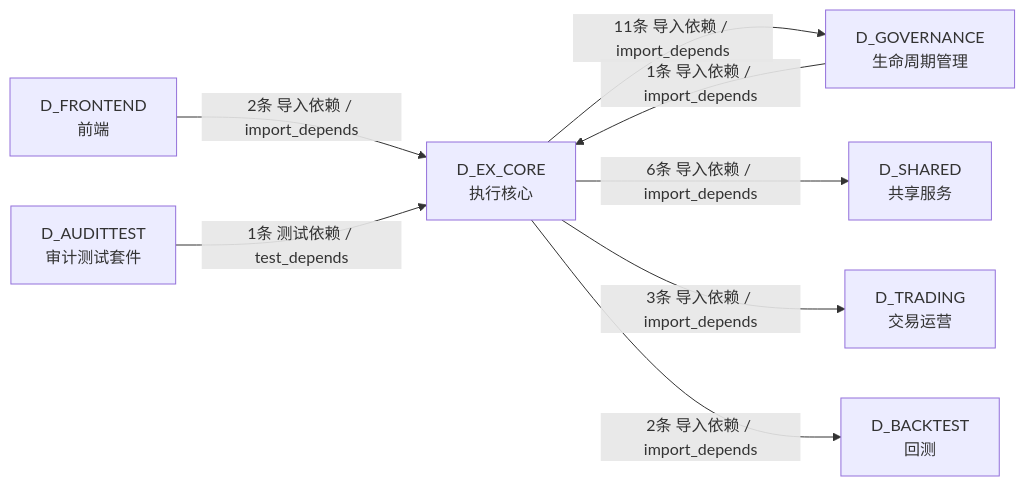
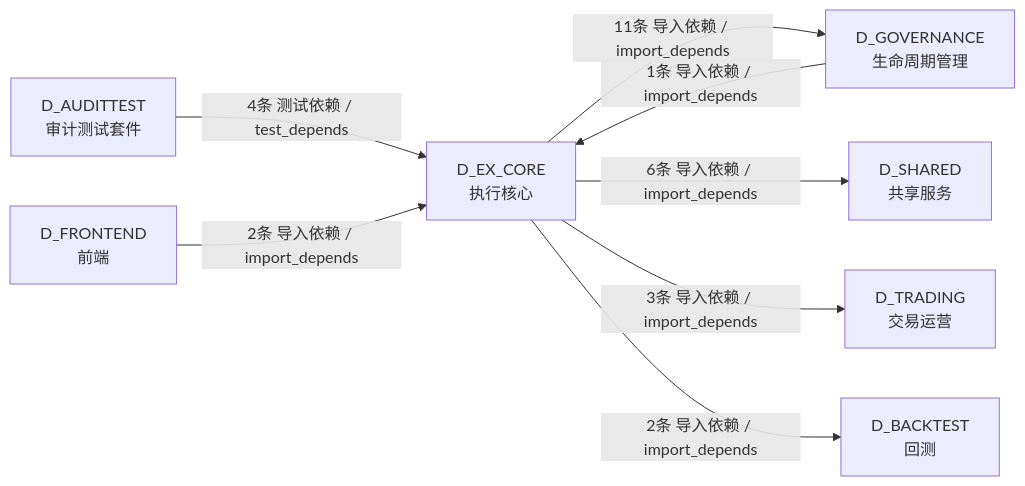
Before and after one commit to xuanFelixVan/ZephyrAlpha: the fifth of 5 diagrams in docs/02_enterprise_architecture/02_domain_architecture_docs/27_d_ex_core.md, drawn with Mermaid. The commit also changed other lines of this file and 100 other files, not shown here.

````diff
--- a/docs/02_enterprise_architecture/02_domain_architecture_docs/27_d_ex_core.md
+++ b/docs/02_enterprise_architecture/02_domain_architecture_docs/27_d_ex_core.md
@@ -279,17 +279,17 @@
 ```mermaid
 graph LR
     D_EX_CORE["D_EX_CORE<br/>执行核心"]
     D_GOVERNANCE["D_GOVERNANCE<br/>生命周期管理"]
     D_SHARED["D_SHARED<br/>共享服务"]
     D_TRADING["D_TRADING<br/>交易运营"]
     D_BACKTEST["D_BACKTEST<br/>回测"]
+    D_AUDITTEST["D_AUDITTEST<br/>审计测试套件"]
     D_FRONTEND["D_FRONTEND<br/>前端"]
-    D_AUDITTEST["D_AUDITTEST<br/>审计测试套件"]
     D_EX_CORE -->|11条 导入依赖 / import_depends| D_GOVERNANCE
     D_EX_CORE -->|6条 导入依赖 / import_depends| D_SHARED
     D_EX_CORE -->|3条 导入依赖 / import_depends| D_TRADING
     D_EX_CORE -->|2条 导入依赖 / import_depends| D_BACKTEST
+    D_AUDITTEST -->|4条 测试依赖 / test_depends| D_EX_CORE
     D_FRONTEND -->|2条 导入依赖 / import_depends| D_EX_CORE
-    D_AUDITTEST -->|1条 测试依赖 / test_depends| D_EX_CORE
     D_GOVERNANCE -->|1条 导入依赖 / import_depends| D_EX_CORE
 ```
````
